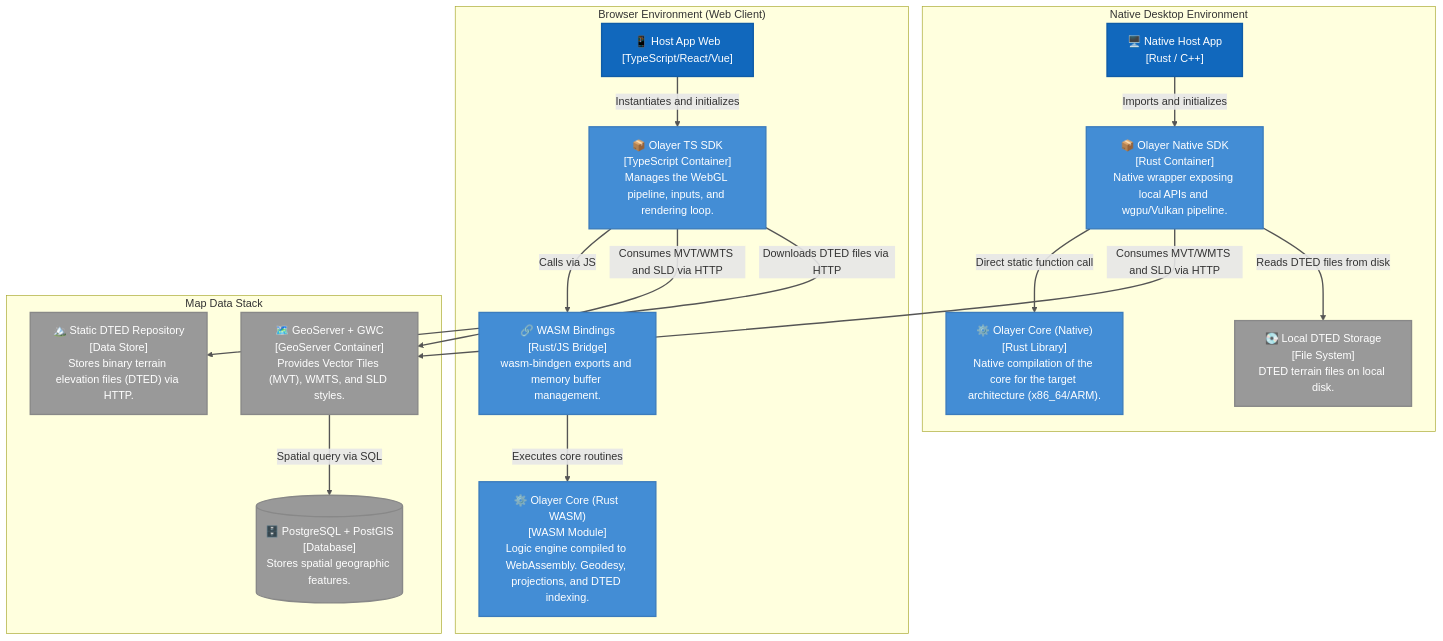
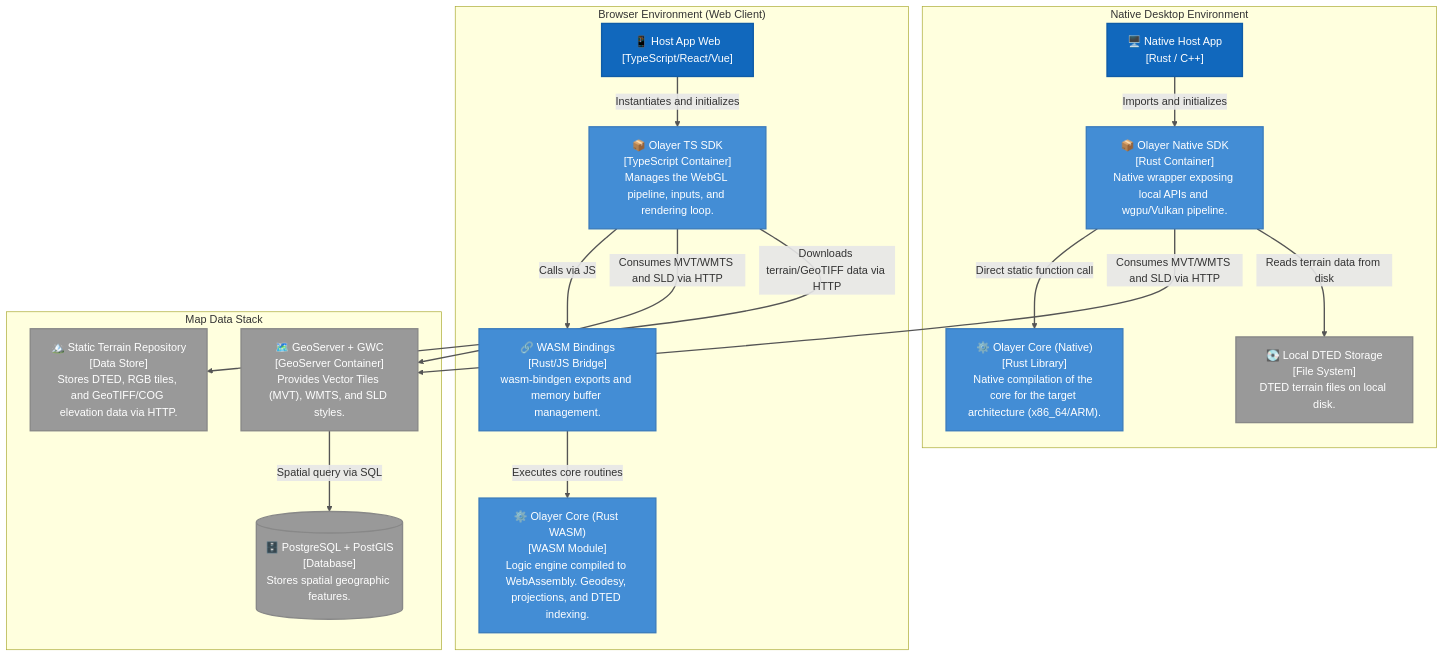
Before and after one commit to rodoni/olayer: the second of 5 diagrams in docs/arch.md, drawn with Mermaid. The commit also changed other lines of this file and 42 other files, not shown here.

````diff
--- a/docs/arch.md
+++ b/docs/arch.md
@@ -63,44 +63,44 @@
 ```mermaid
 graph TB
     classDef container fill:#438DD5,stroke:#3b7cbd,color:#ffffff,stroke-width:2px;
     classDef external fill:#999999,stroke:#888888,color:#ffffff,stroke-width:2px;
     classDef host fill:#1168BD,stroke:#0f5ca7,color:#ffffff,stroke-width:2px;
 
     subgraph Web_Browser ["Browser Environment (Web Client)"]
         host_web["📱 Host App Web<br>[TypeScript/React/Vue]"]:::host
         ts_sdk["📦 Olayer TS SDK<br>[TypeScript Container]<br>Manages the WebGL pipeline, inputs, and rendering loop."]:::container
         wasm_bind["🔗 WASM Bindings<br>[Rust/JS Bridge]<br>wasm-bindgen exports and memory buffer management."]:::container
         wasm_core["⚙️ Olayer Core (Rust WASM)<br>[WASM Module]<br>Logic engine compiled to WebAssembly. Geodesy, projections, and DTED indexing."]:::container
     end
     
     subgraph Desktop_OS ["Native Desktop Environment"]
         host_rust["🖥️ Native Host App<br>[Rust / C++]"]:::host
         native_sdk["📦 Olayer Native SDK<br>[Rust Container]<br>Native wrapper exposing local APIs and wgpu/Vulkan pipeline."]:::container
         rust_core["⚙️ Olayer Core (Native)<br>[Rust Library]<br>Native compilation of the core for the target architecture (x86_64/ARM)."]:::container
         local_disk["💽 Local DTED Storage<br>[File System]<br>DTED terrain files on local disk."]:::external
     end
     
     subgraph Map_Server_Stack ["Map Data Stack"]
         geoserver["🗺️ GeoServer + GWC<br>[GeoServer Container]<br>Provides Vector Tiles (MVT), WMTS, and SLD styles."]:::external
         postgis[("🗄️ PostgreSQL + PostGIS<br>[Database]<br>Stores spatial geographic features.")]:::external
-        terrain_repo["🏔️ Static DTED Repository<br>[Data Store]<br>Stores binary terrain elevation files (DTED) via HTTP."]:::external
+        terrain_repo["🏔️ Static Terrain Repository<br>[Data Store]<br>Stores DTED, RGB tiles, and GeoTIFF/COG elevation data via HTTP."]:::external
     end
     
     %% Web Flows
     host_web -->|Instantiates and initializes| ts_sdk
     ts_sdk -->|Calls via JS| wasm_bind
     wasm_bind -->|Executes core routines| wasm_core
     ts_sdk -->|Consumes MVT/WMTS and SLD via HTTP| geoserver
-    ts_sdk -->|Downloads DTED files via HTTP| terrain_repo
+    ts_sdk -->|Downloads terrain/GeoTIFF data via HTTP| terrain_repo
     
     %% Native Flows
     host_rust -->|Imports and initializes| native_sdk
     native_sdk -->|Direct static function call| rust_core
     native_sdk -->|Consumes MVT/WMTS and SLD via HTTP| geoserver
-    native_sdk -->|Reads DTED files from disk| local_disk
+    native_sdk -->|Reads terrain data from disk| local_disk
 
     %% Data Infrastructure
     geoserver -->|Spatial query via SQL| postgis
 
     linkStyle 0,1,2,3,4,5,6,7,8,9 stroke:#555,stroke-width:2px;
 ```
````
